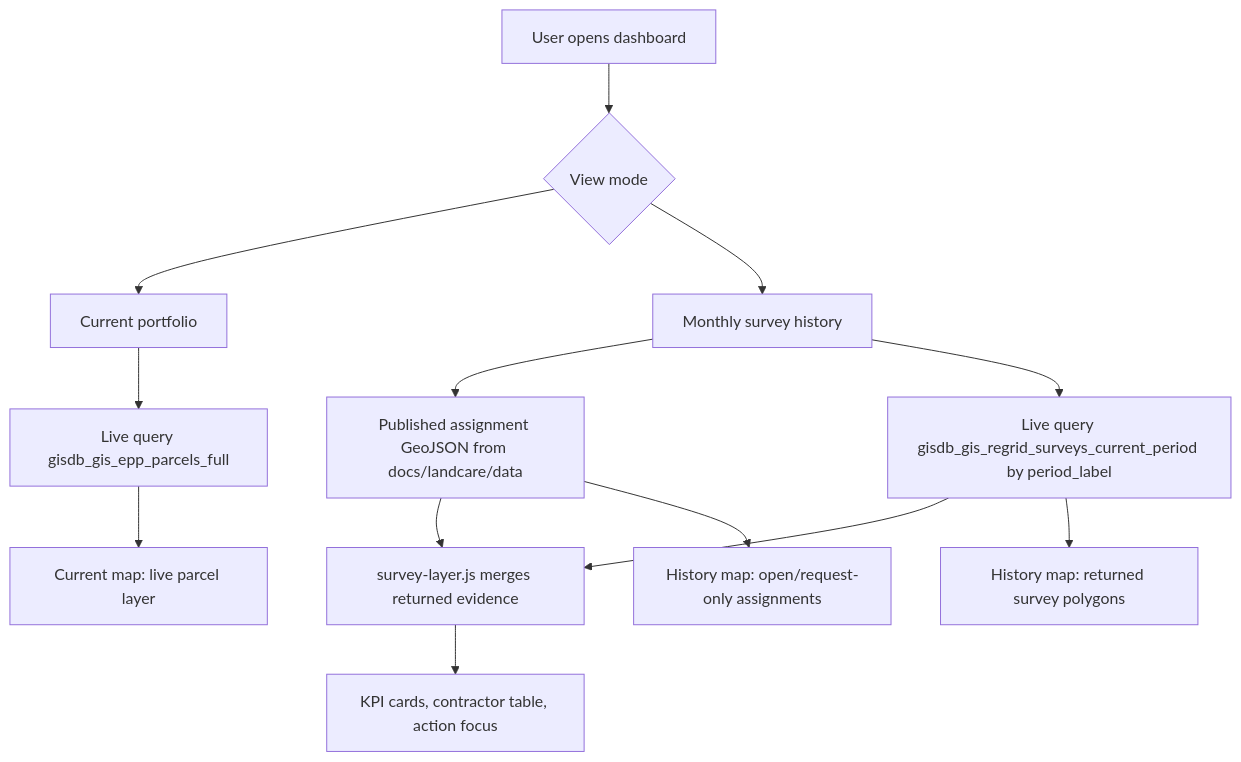
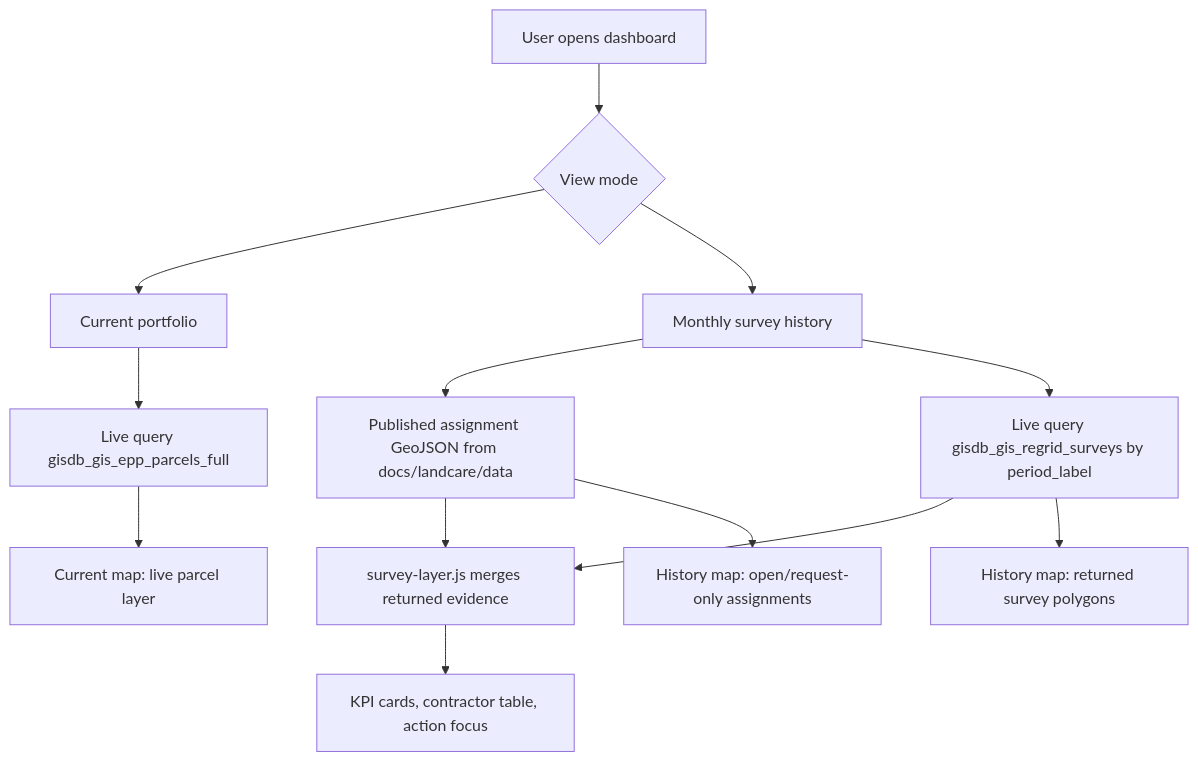
Before and after one commit to rutomo-ura/land-care-assurance: the second of 2 diagrams in docs/landcare-architecture.md, drawn with Mermaid. The commit also changed other lines of this file and 10 other files, not shown here.

Commit message:
Use all-period AGOL survey layer

````diff
--- a/docs/landcare-architecture.md
+++ b/docs/landcare-architecture.md
@@ -95,19 +95,19 @@
 ```mermaid
 flowchart TD
     User["User opens dashboard"] --> View{"View mode"}
 
     View --> Current["Current portfolio"]
     View --> History["Monthly survey history"]
 
     Current --> EppLive["Live query gisdb_gis_epp_parcels_full"]
     History --> AssignStatic["Published assignment GeoJSON from docs/landcare/data"]
-    History --> SurveyLive["Live query gisdb_gis_regrid_surveys_current_period by period_label"]
+    History --> SurveyLive["Live query gisdb_gis_regrid_surveys by period_label"]
 
     AssignStatic --> Merge["survey-layer.js merges returned evidence"]
     SurveyLive --> Merge
     Merge --> Sidebar["KPI cards, contractor table, action focus"]
     SurveyLive --> MapReturned["History map: returned survey polygons"]
     AssignStatic --> MapOpen["History map: open/request-only assignments"]
 
     EppLive --> MapCurrent["Current map: live parcel layer"]
 ```
````
